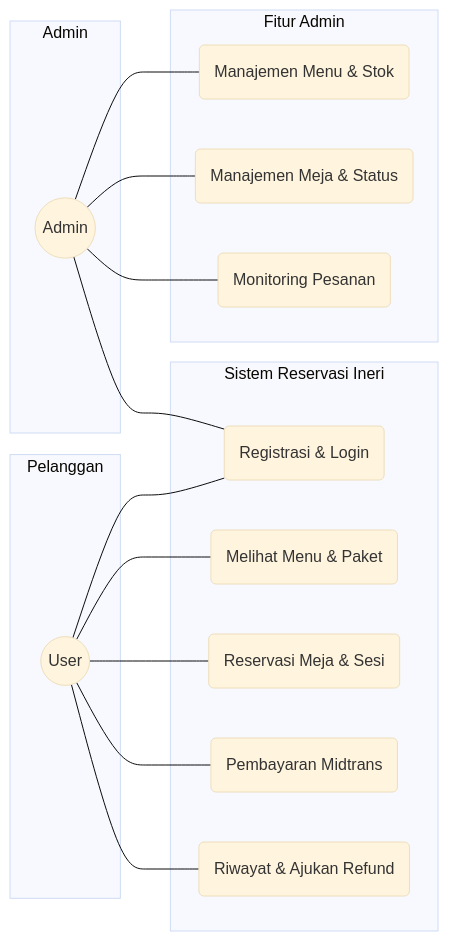
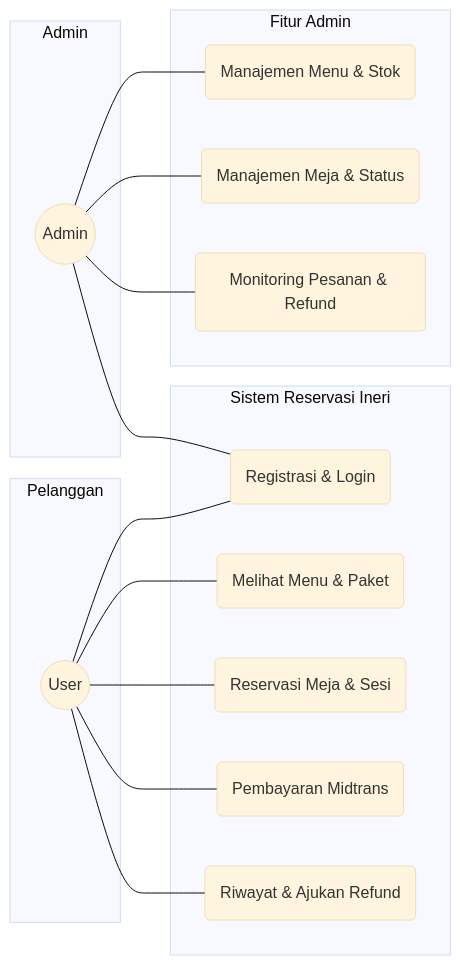
The first of 8 diagrams in DIAGRAM.md (AkbarHusaini/website-reservasi-online-Ineri-suki), drawn with Mermaid (base theme) before and after one commit. The commit also changed other lines of this file and 7 other files, not shown here.

Commit message:
Update: slimmed admin UI scaling, added logo favicon, updated project name and architecture diagrams

````diff
--- a/DIAGRAM.md
+++ b/DIAGRAM.md
@@ -8,35 +8,35 @@
 ```mermaid
 graph LR
     subgraph Pelanggan
         U((User))
     end
 
     subgraph "Sistem Reservasi Ineri"
         UC1(Registrasi & Login)
         UC2(Melihat Menu & Paket)
         UC3(Reservasi Meja & Sesi)
         UC4(Pembayaran Midtrans)
         UC5(Riwayat & Ajukan Refund)
     end
 
     subgraph Admin
         A((Admin))
     end
 
     subgraph "Fitur Admin"
         UC6(Manajemen Menu & Stok)
         UC7(Manajemen Meja & Status)
-        UC8(Monitoring Pesanan)
+        UC8(Monitoring Pesanan & Refund)
     end
 
     U --- UC1
     U --- UC2
     U --- UC3
     U --- UC4
     U --- UC5
 
     A --- UC1
     A --- UC6
     A --- UC7
     A --- UC8
 ```
````
